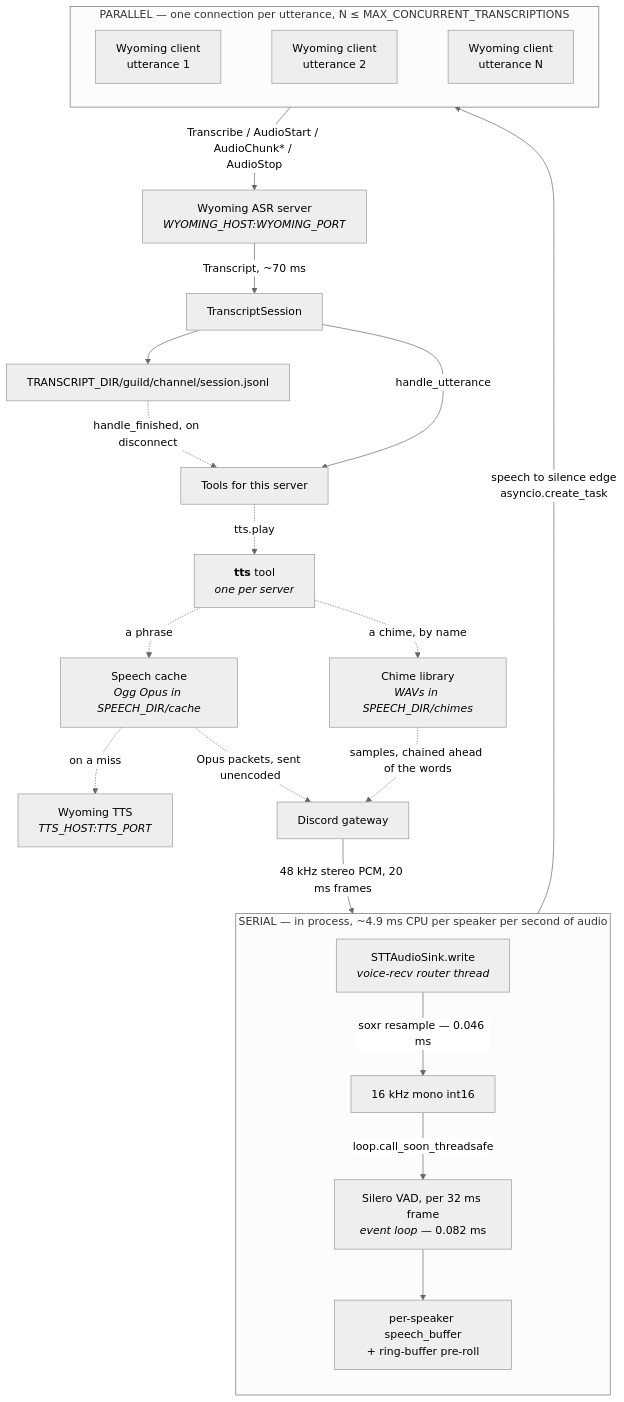
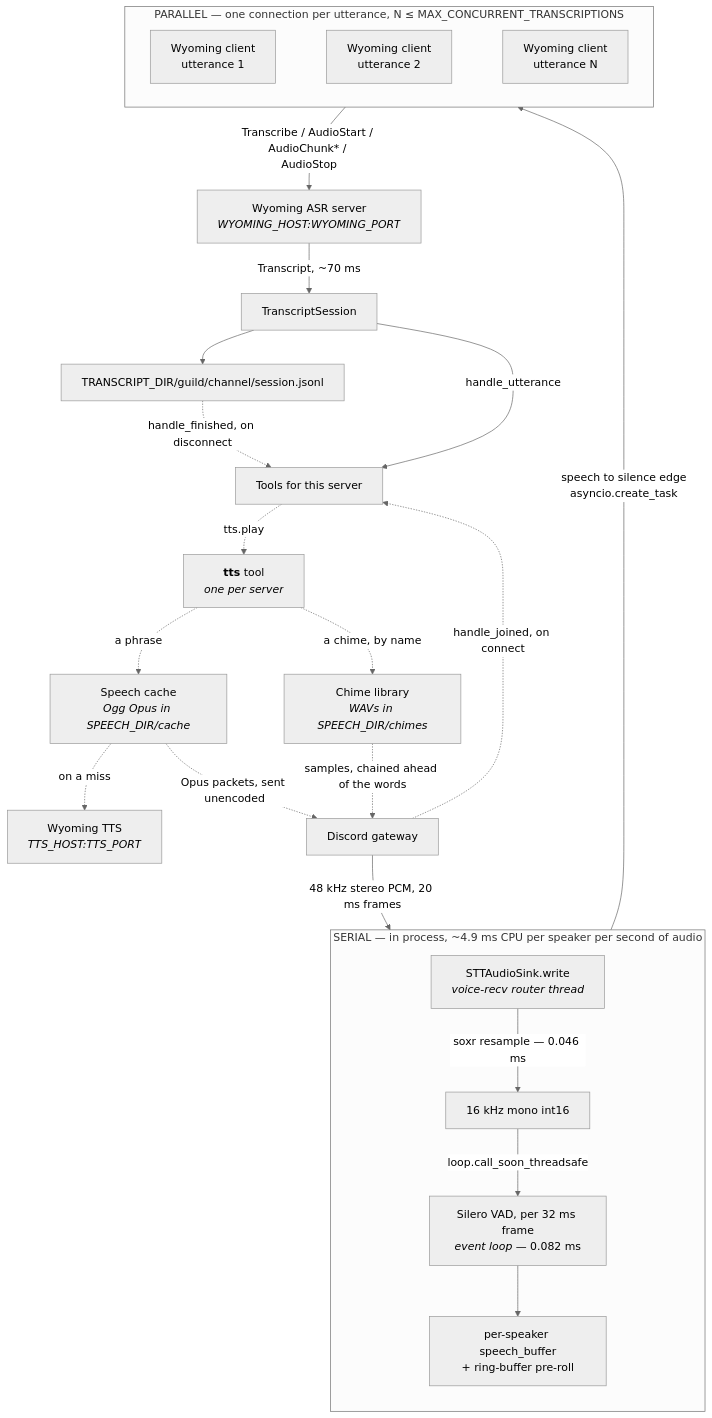
Before and after one commit to arychj/miss-quote: the diagram in docs/about.md, drawn with Mermaid (neutral theme). The commit also changed other lines of this file and 8 other files, not shown here.

````diff
--- a/docs/about.md
+++ b/docs/about.md
@@ -17,36 +17,37 @@
 ```mermaid
 graph TD
     A["Discord gateway"] -->|"48 kHz stereo PCM, 20 ms frames"| B
 
     subgraph LOCAL["SERIAL — in process, ~4.9 ms CPU per speaker per second of audio"]
         direction TB
         B["STTAudioSink.write<br/><i>voice-recv router thread</i>"]
         B -->|"soxr resample — 0.046 ms"| C["16 kHz mono int16"]
         C -->|"loop.call_soon_threadsafe"| D["Silero VAD, per 32 ms frame<br/><i>event loop</i> — 0.082 ms"]
         D --> E["per-speaker speech_buffer<br/>+ ring-buffer pre-roll"]
     end
 
     E -->|"speech to silence edge<br/>asyncio.create_task"| REMOTE
 
     subgraph REMOTE["PARALLEL — one connection per utterance, N ≤ MAX_CONCURRENT_TRANSCRIPTIONS"]
         direction LR
         F["Wyoming client<br/>utterance 1"]
         G["Wyoming client<br/>utterance 2"]
         H["Wyoming client<br/>utterance N"]
         F ~~~ G ~~~ H
     end
 
     REMOTE -->|"Transcribe / AudioStart / AudioChunk* / AudioStop"| I
 
     I["Wyoming ASR server<br/><i>WYOMING_HOST:WYOMING_PORT</i>"] -->|"Transcript, ~70 ms"| J["TranscriptSession"]
     J --> K["TRANSCRIPT_DIR/guild/channel/session.jsonl"]
     J -->|"handle_utterance"| L["Tools for this server"]
     K -.->|"handle_finished, on disconnect"| L
+    A -.->|"handle_joined, on connect"| L
 
     L -.->|"tts.play"| T["<b>tts</b> tool<br/><i>one per server</i>"]
     T -.->|"a phrase"| M["Speech cache<br/><i>Ogg Opus in SPEECH_DIR/cache</i>"]
     T -.->|"a chime, by name"| CH["Chime library<br/><i>WAVs in SPEECH_DIR/chimes</i>"]
     M -.->|"on a miss"| N["Wyoming TTS<br/><i>TTS_HOST:TTS_PORT</i>"]
     M -.->|"Opus packets, sent unencoded"| A
     CH -.->|"samples, chained ahead of the words"| A
 ```
````
